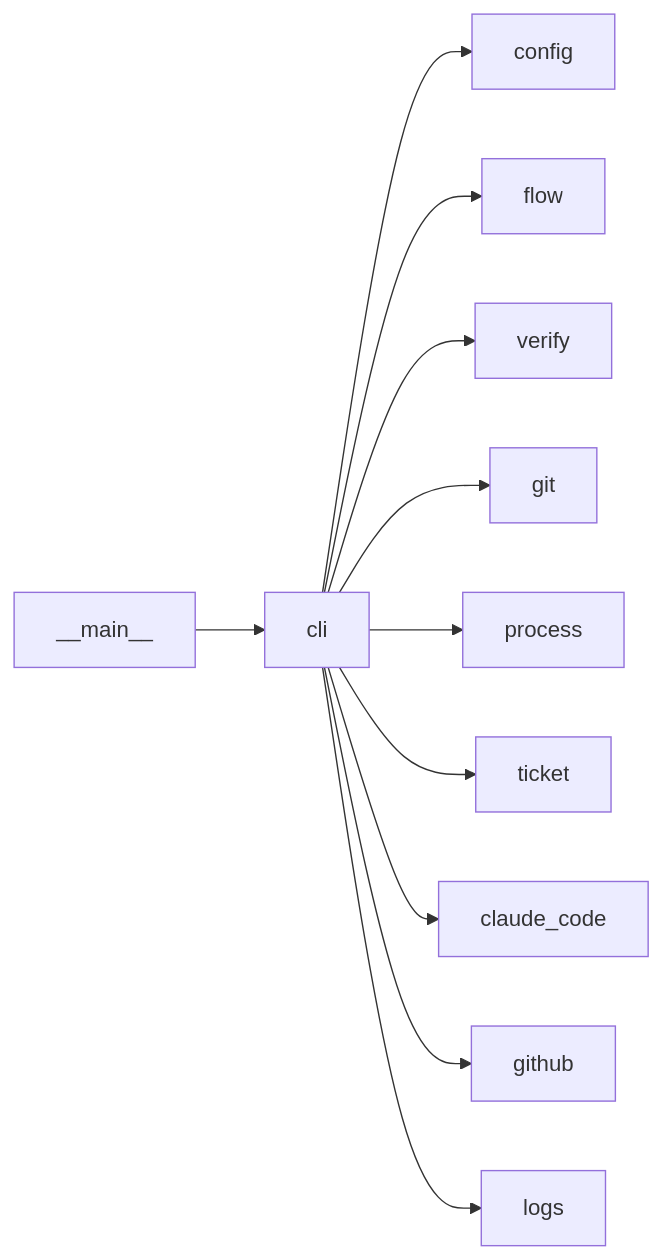
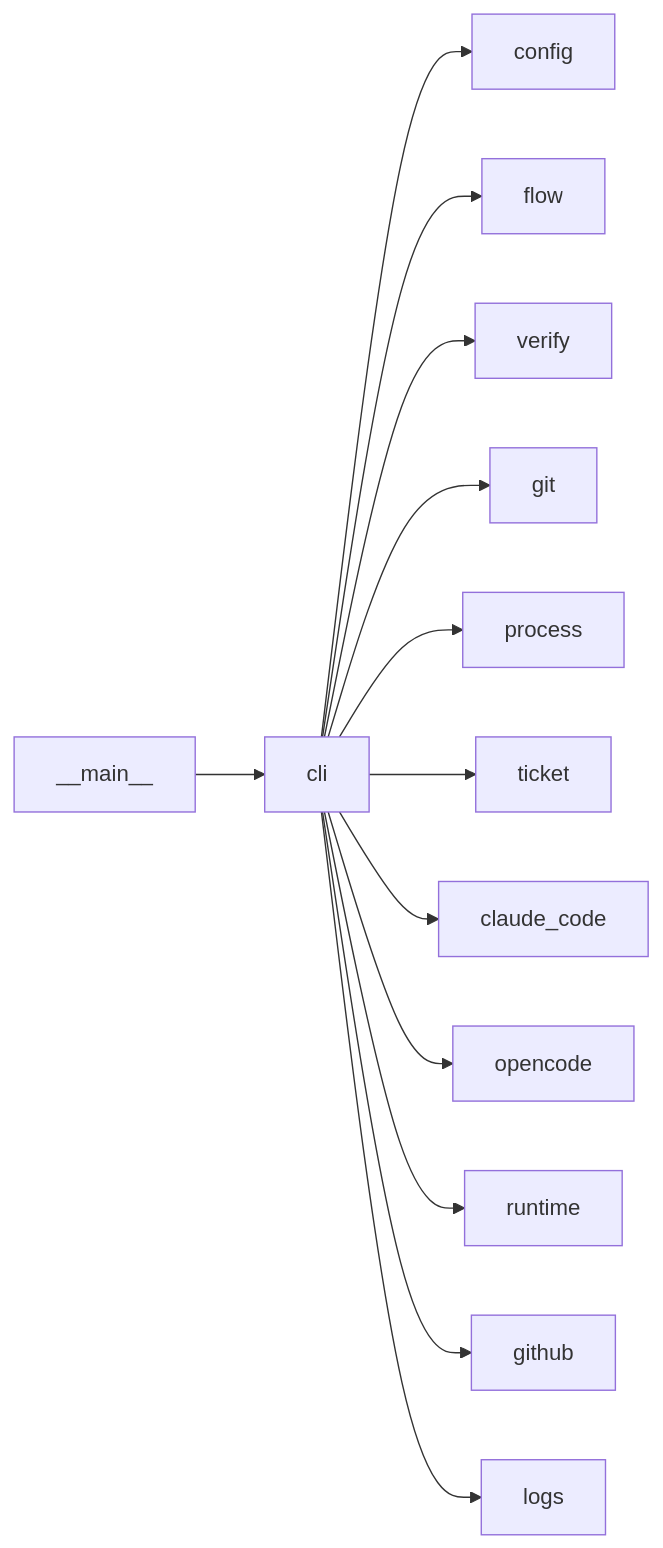
Before and after one commit to plaplanche/ariane: the diagram in docs/architecture/modules/cli.md, drawn with Mermaid. The commit also changed other lines of this file and 28 other files, not shown here.

````diff
--- a/docs/architecture/modules/cli.md
+++ b/docs/architecture/modules/cli.md
@@ -13,13 +15,15 @@
 ```mermaid
 flowchart LR
   cli --> config
   cli --> flow
   cli --> verify
   cli --> git
   cli --> process
   cli --> ticket
   cli --> claude_code
+  cli --> opencode
+  cli --> runtime
   cli --> github
   cli --> logs
   __main__ --> cli
 ```
````
